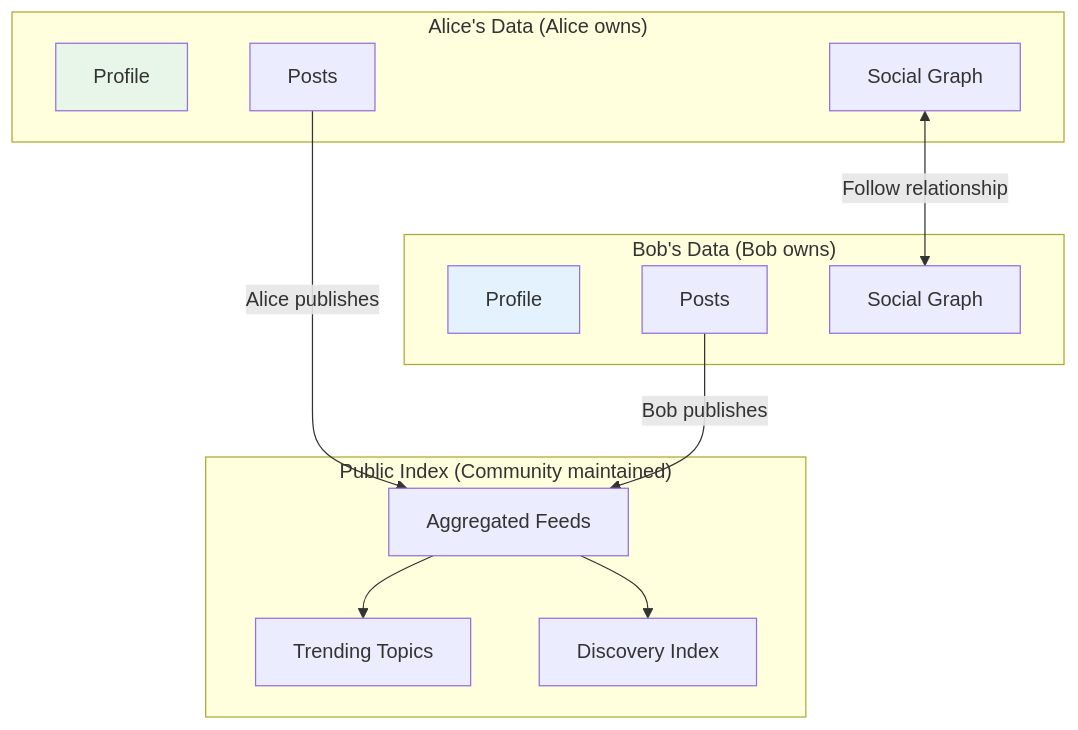
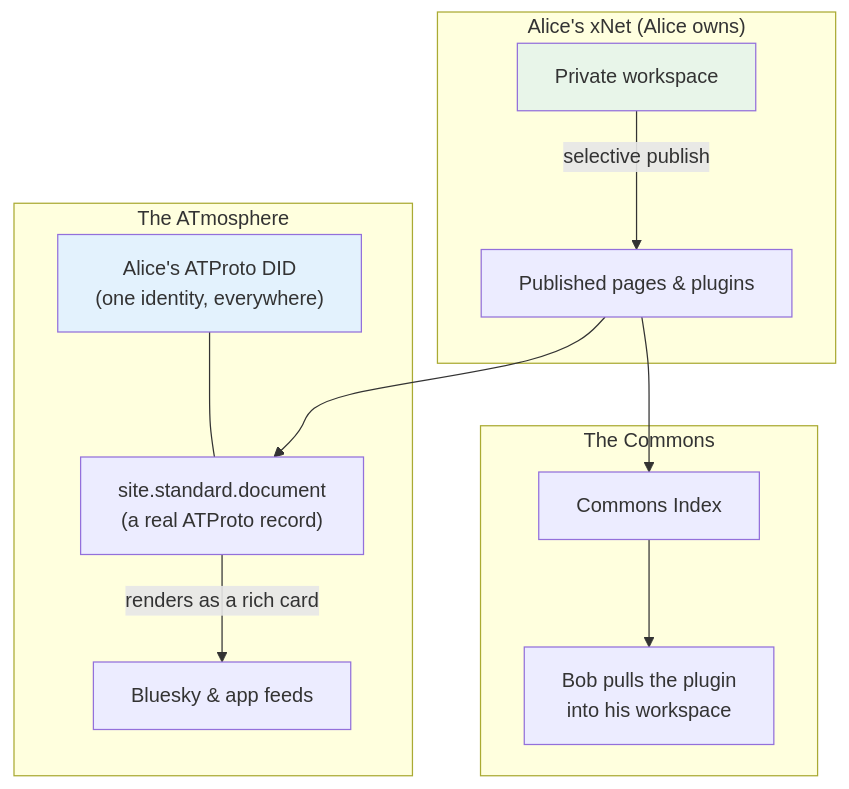
Before and after one commit to crs48/xNet: the third of 5 diagrams in docs/VISION.md, drawn with Mermaid. The commit also changed other lines of this file, not shown here.

First line of the commit message:
docs: refresh VISION.md to v2.0 — AI under glass, ATmosphere, commons Index, essay weave

````diff
--- a/docs/VISION.md
+++ b/docs/VISION.md
@@ -208,30 +304,28 @@
 ```mermaid
 graph TB
-    subgraph "Alice's Data (Alice owns)"
-        A_PROFILE["Profile"]
-        A_POSTS["Posts"]
-        A_GRAPH["Social Graph"]
+    subgraph "Alice's xNet (Alice owns)"
+        A_WORK["Private workspace"]
+        A_PUB["Published pages & plugins"]
     end
 
-    subgraph "Bob's Data (Bob owns)"
-        B_PROFILE["Profile"]
-        B_POSTS["Posts"]
-        B_GRAPH["Social Graph"]
+    subgraph "The ATmosphere"
+        A_DID["Alice's ATProto DID<br/>(one identity, everywhere)"]
+        RECORD["site.standard.document<br/>(a real ATProto record)"]
+        FEED["Bluesky & app feeds"]
     end
 
-    subgraph "Public Index (Community maintained)"
-        FEED["Aggregated Feeds"]
-        TRENDING["Trending Topics"]
-        DISCOVER["Discovery Index"]
+    subgraph "The Commons"
+        INDEX["Commons Index"]
+        REMIX["Bob pulls the plugin<br/>into his workspace"]
     end
 
-    A_POSTS -->|"Alice publishes"| FEED
-    B_POSTS -->|"Bob publishes"| FEED
-    A_GRAPH <-->|"Follow relationship"| B_GRAPH
+    A_WORK -->|"selective publish"| A_PUB
+    A_PUB --> RECORD
+    A_DID --- RECORD
+    RECORD -->|"renders as a rich card"| FEED
+    A_PUB --> INDEX
+    INDEX --> REMIX
 
-    FEED --> TRENDING
-    FEED --> DISCOVER
-
-    style A_PROFILE fill:#e8f5e9
-    style B_PROFILE fill:#e3f2fd
+    style A_WORK fill:#e8f5e9
+    style A_DID fill:#e3f2fd
 ```
````
